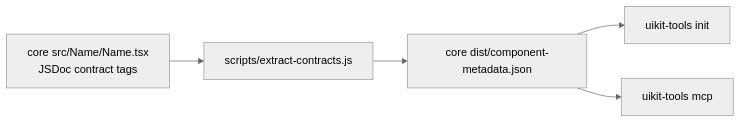
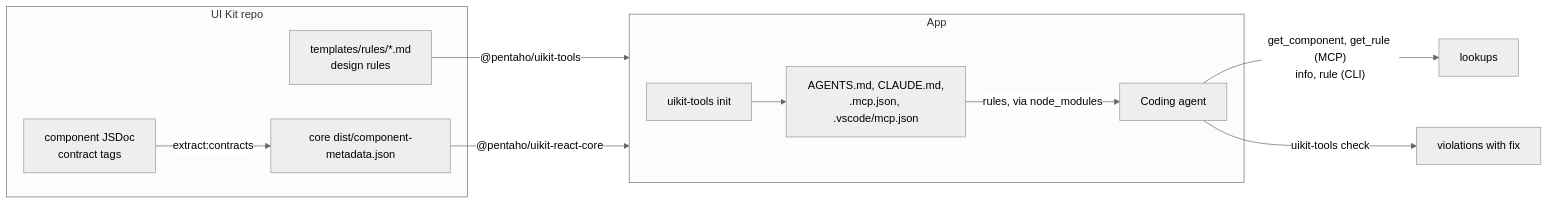
One commit to lumada-design/hv-uikit-react changed the diagram in packages/tools/README.md. Above: the diagram before and after it, drawn with Mermaid (neutral theme). The commit also changed other lines of this file and 4 other files, not shown here.

First line of the commit message:
docs(tools): point the workflow rule at the current MCP tools

````diff
--- a/packages/tools/README.md
+++ b/packages/tools/README.md
@@ -77,7 +62,16 @@
 ```mermaid
 flowchart LR
-    src["core src/Name/Name.tsx<br/>JSDoc contract tags"] --> ext["scripts/extract-contracts.js"]
-    ext --> meta["core dist/component-metadata.json"]
-    meta --> init["uikit-tools init"]
-    meta --> mcp["uikit-tools mcp"]
+  subgraph kit["UI Kit repo"]
+    rules["templates/rules/*.md<br/>design rules"]
+    jsdoc["component JSDoc<br/>contract tags"] -->|extract:contracts| meta["core dist/component-metadata.json"]
+  end
+  subgraph app["App"]
+    init["uikit-tools init"] --> files["AGENTS.md, CLAUDE.md,<br/>.mcp.json, .vscode/mcp.json"]
+    agent["Coding agent"]
+  end
+  rules -->|"@pentaho/uikit-tools"| app
+  meta -->|"@pentaho/uikit-react-core"| app
+  files -->|"rules, via node_modules"| agent
+  agent -->|"get_component, get_rule (MCP)<br/>info, rule (CLI)"| lookups["lookups"]
+  agent -->|"uikit-tools check"| check["violations with fix"]
 ```
````
